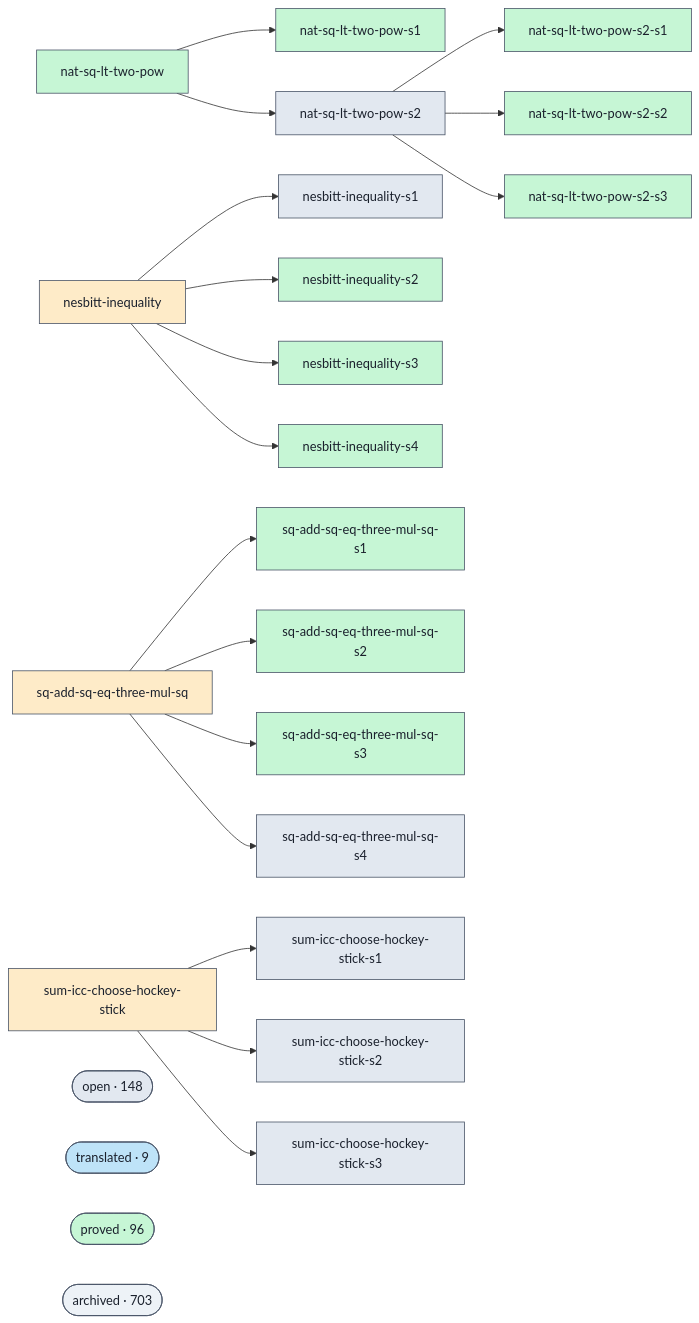
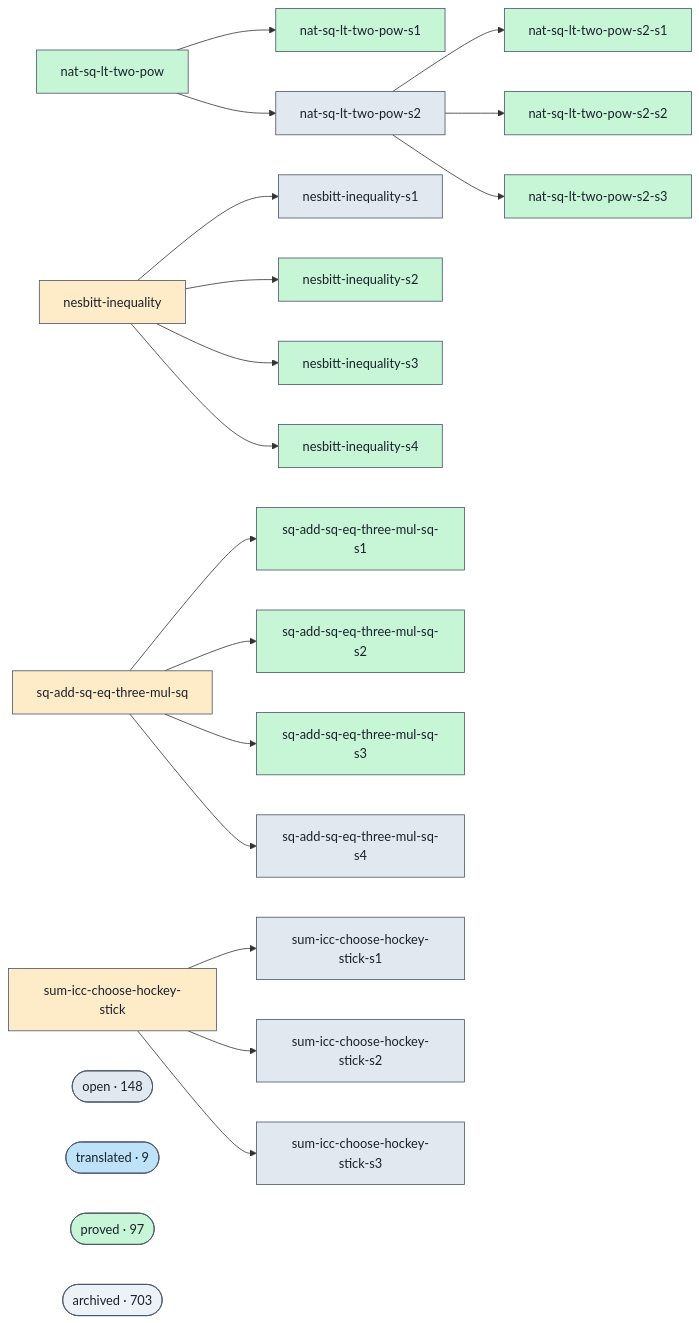
The diagram in docs/proofs-contributors-visualisation.md (Rauxon/unsorry), drawn with Mermaid before and after one commit. The commit also changed other lines of this file and 2 other files, not shown here.

```diff
--- a/docs/proofs-contributors-visualisation.md
+++ b/docs/proofs-contributors-visualisation.md
@@ -102,7 +102,7 @@
   class cluster_open open;
   cluster_translated(["translated · 9"])
   class cluster_translated translated;
-  cluster_proved(["proved · 96"])
+  cluster_proved(["proved · 97"])
   class cluster_proved proved;
   cluster_archived(["archived · 703"])
   class cluster_archived unknown;
```
